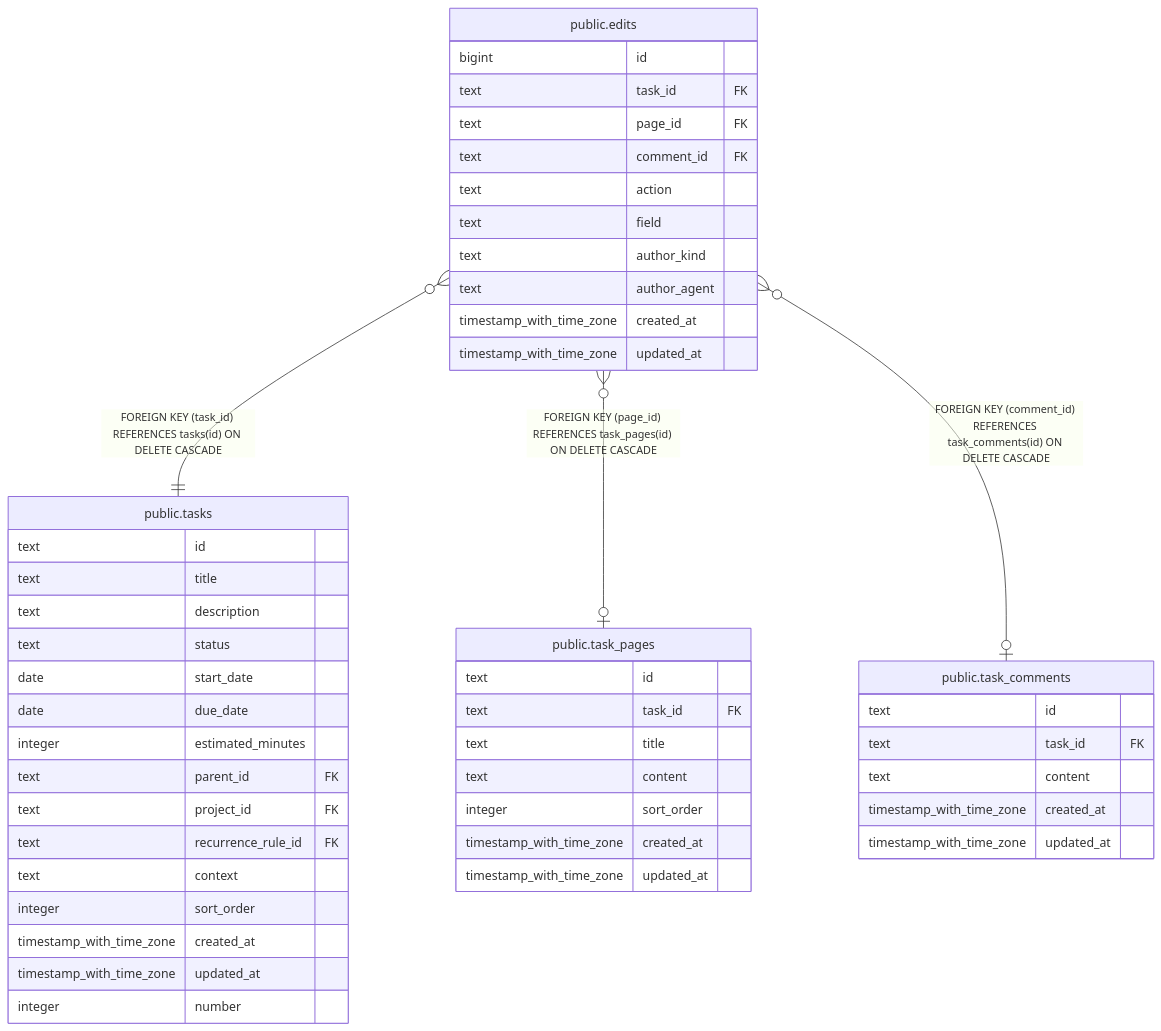
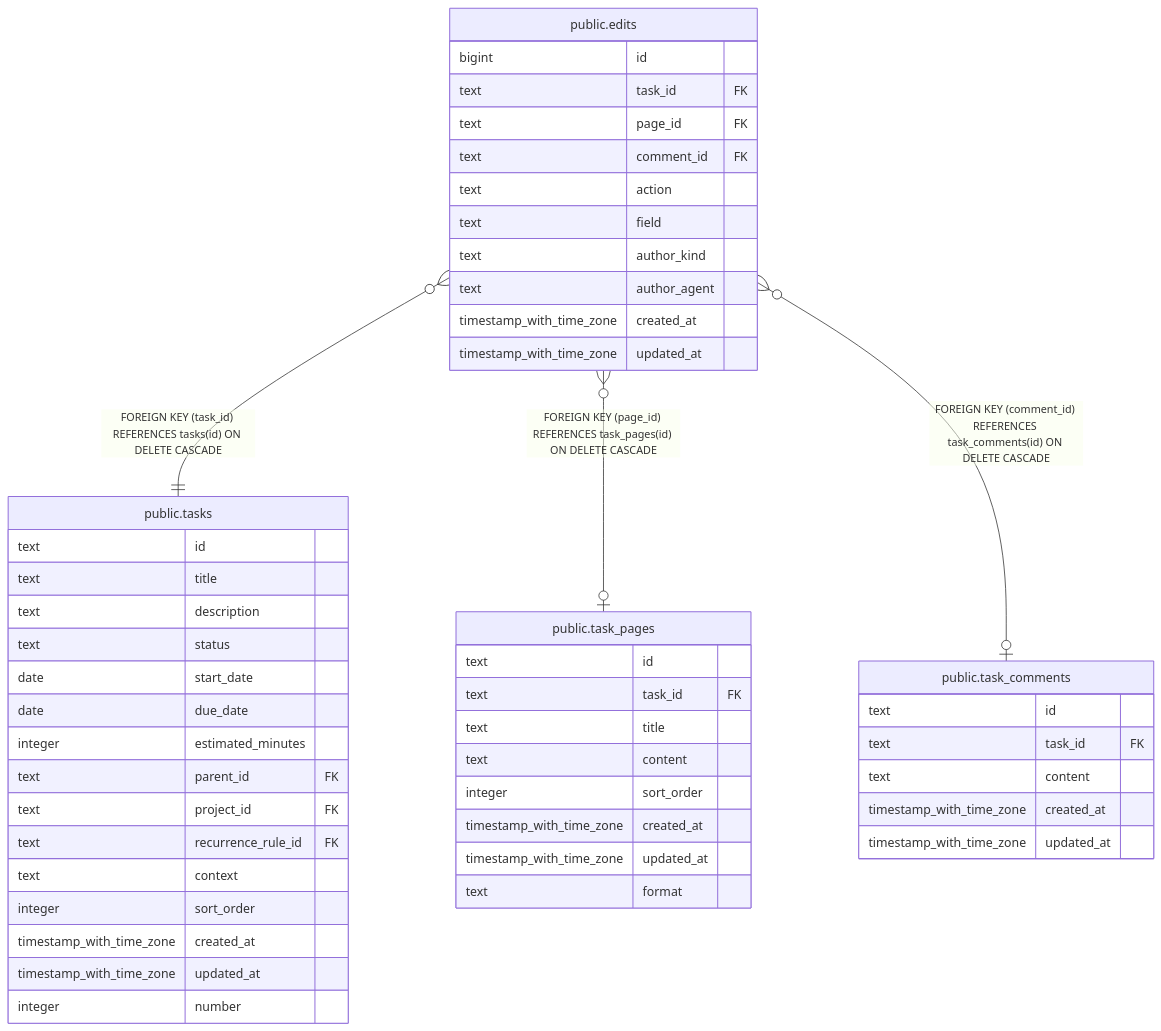
One commit to fohte/tq changed the diagram in docs/db/public.edits.md. Above: the diagram before and after it, drawn with Mermaid. The commit also changed 27 other files, not shown here.

````diff
--- a/docs/db/public.edits.md
+++ b/docs/db/public.edits.md
@@ -44,53 +44,54 @@
 ```mermaid
 erDiagram
 
 "public.edits" }o--|| "public.tasks" : "FOREIGN KEY (task_id) REFERENCES tasks(id) ON DELETE CASCADE"
 "public.edits" }o--o| "public.task_pages" : "FOREIGN KEY (page_id) REFERENCES task_pages(id) ON DELETE CASCADE"
 "public.edits" }o--o| "public.task_comments" : "FOREIGN KEY (comment_id) REFERENCES task_comments(id) ON DELETE CASCADE"
 
 "public.edits" {
   bigint id
   text task_id FK
   text page_id FK
   text comment_id FK
   text action
   text field
   text author_kind
   text author_agent
   timestamp_with_time_zone created_at
   timestamp_with_time_zone updated_at
 }
 "public.tasks" {
   text id
   text title
   text description
   text status
   date start_date
   date due_date
   integer estimated_minutes
   text parent_id FK
   text project_id FK
   text recurrence_rule_id FK
   text context
   integer sort_order
   timestamp_with_time_zone created_at
   timestamp_with_time_zone updated_at
   integer number
 }
 "public.task_pages" {
   text id
   text task_id FK
   text title
   text content
   integer sort_order
   timestamp_with_time_zone created_at
   timestamp_with_time_zone updated_at
+  text format
 }
 "public.task_comments" {
   text id
   text task_id FK
   text content
   timestamp_with_time_zone created_at
   timestamp_with_time_zone updated_at
 }
 ```
````
